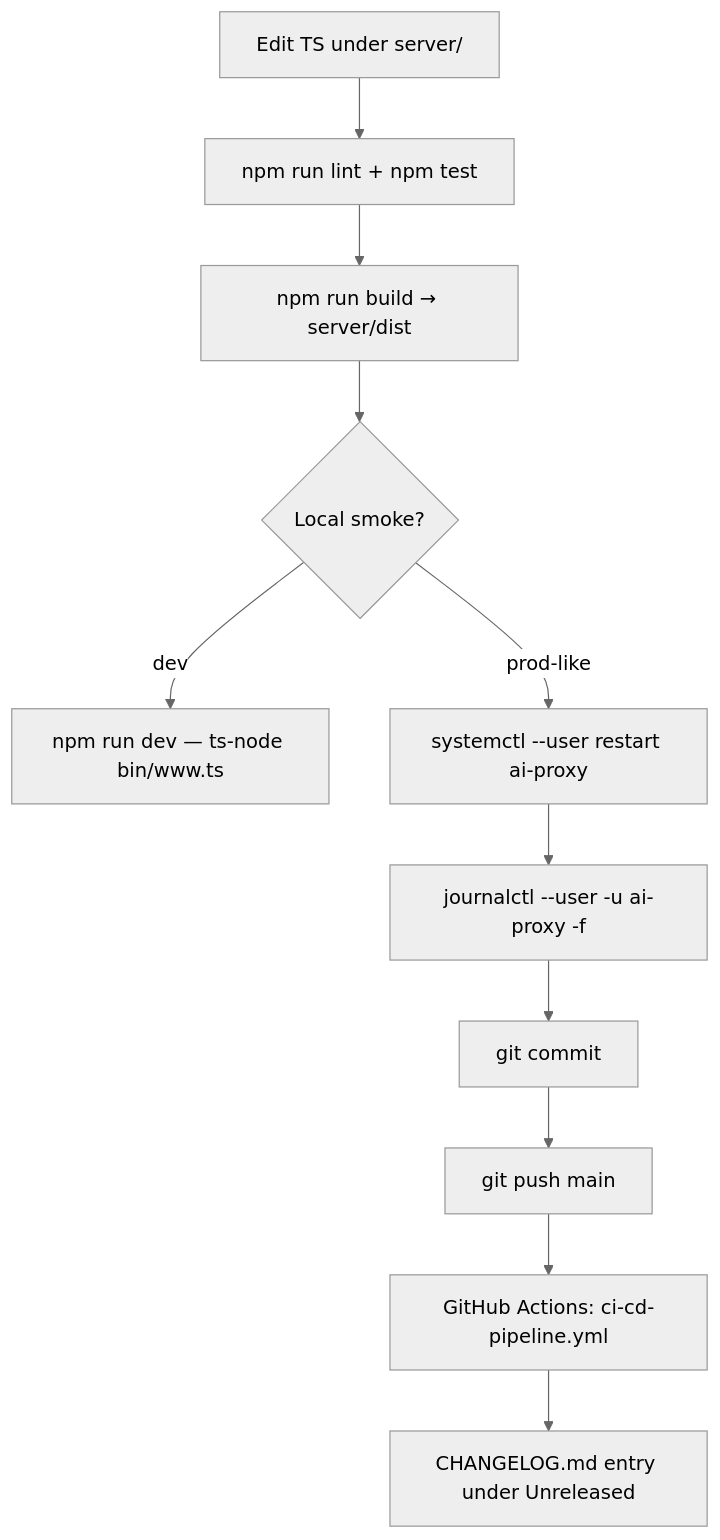
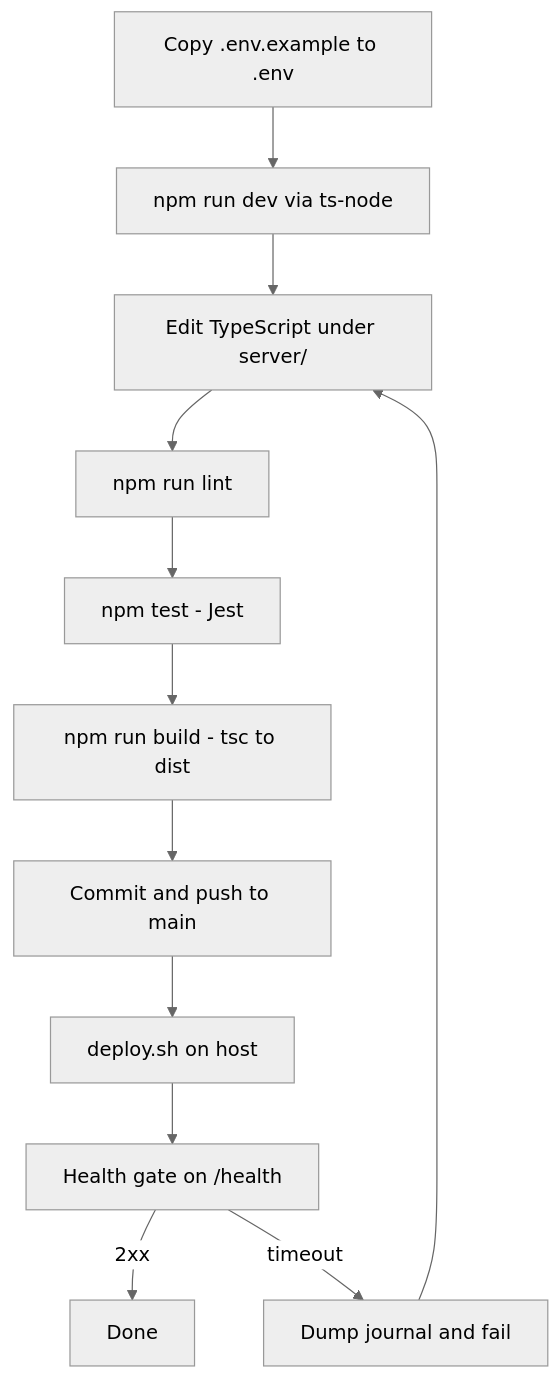
One commit to Jeffrey-Keyser/project-wiki changed the diagram in content/repos/Jeffrey-Keyser-ai-proxy/Iteration-Loop.md. Above: the diagram before and after it, drawn with Mermaid (neutral theme). The commit also changed other lines of this file and 150 other files, not shown here.

````diff
--- a/content/repos/Jeffrey-Keyser-ai-proxy/Iteration-Loop.md
+++ b/content/repos/Jeffrey-Keyser-ai-proxy/Iteration-Loop.md
@@ -10,13 +10,14 @@
 ```mermaid
 flowchart TD
-  A[Edit TS under server/] --> B[npm run lint + npm test]
-  B --> C[npm run build → server/dist]
-  C --> D{Local smoke?}
-  D -->|dev| E[npm run dev — ts-node bin/www.ts]
-  D -->|prod-like| F[systemctl --user restart ai-proxy]
-  F --> G[journalctl --user -u ai-proxy -f]
-  G --> H[git commit]
-  H --> I[git push main]
-  I --> J[GitHub Actions: ci-cd-pipeline.yml]
-  J --> K[CHANGELOG.md entry under Unreleased]
+  A["Copy .env.example to .env"] --> B["npm run dev via ts-node"]
+  B --> C["Edit TypeScript under server/"]
+  C --> D["npm run lint"]
+  D --> E["npm test - Jest"]
+  E --> F["npm run build - tsc to dist"]
+  F --> G["Commit and push to main"]
+  G --> H["deploy.sh on host"]
+  H --> I["Health gate on /health"]
+  I -->|"2xx"| J["Done"]
+  I -->|"timeout"| K["Dump journal and fail"]
+  K --> C
 ```
````
